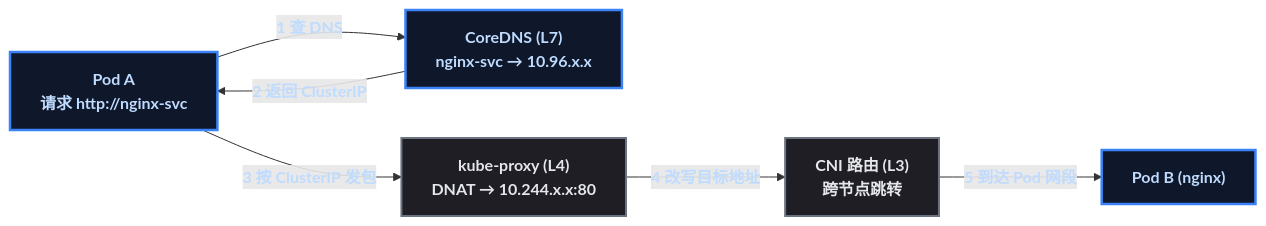
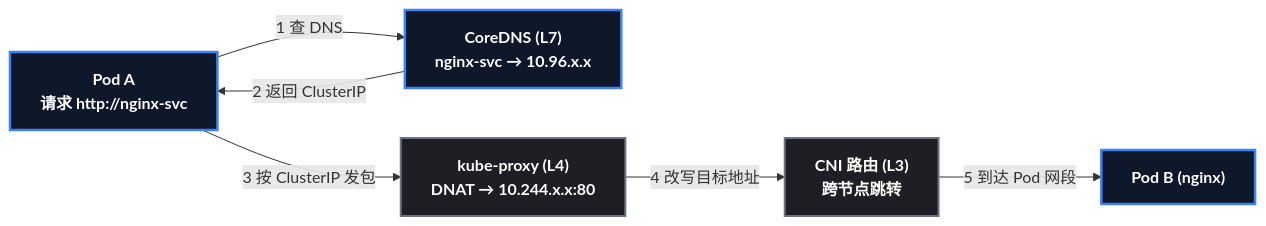
Before and after one commit to yaocat55/yaocat55.github.io: the third of 4 diagrams in content/posts/kubernetes/K8sNetworkLayeringMap.md, drawn with Mermaid. The commit also changed other lines of this file, not shown here.

Commit message:
docs: 网络分层篇全部 Mermaid 改为 style 强制深底白字(classDef 在部分渲染器失效导致白底浅字)

````diff
--- a/content/posts/kubernetes/K8sNetworkLayeringMap.md
+++ b/content/posts/kubernetes/K8sNetworkLayeringMap.md
@@ -207,22 +212,21 @@
 ```mermaid
-%% 集群内服务调用: 每一跳标注 OSI 层与组件
+%% 集群内服务调用: 每一跳标注 OSI 层与组件 (style 强制深底白字, 双保险)
 flowchart LR
-    classDef root fill:#0f172a,stroke:#3b82f6,stroke-width:2.5px,color:#bfdbfe,font-weight:bold;
-    classDef process fill:#1e1e24,stroke:#6b7280,stroke-width:2px,color:#e5e7eb;
-    classDef data fill:#052e16,stroke:#16a34a,stroke-width:2px,color:#bbf7d0,font-weight:bold;
-
     A["Pod A<br/>请求 http://nginx-svc"]
     D["CoreDNS (L7)<br/>nginx-svc → 10.96.x.x"]
     K["kube-proxy (L4)<br/>DNAT → 10.244.x.x:80"]
     R["CNI 路由 (L3)<br/>跨节点跳转"]
     B["Pod B (nginx)"]
 
     A -->|"1 查 DNS"| D
     D -->|"2 返回 ClusterIP"| A
     A -->|"3 按 ClusterIP 发包"| K
     K -->|"4 改写目标地址"| R
     R -->|"5 到达 Pod 网段"| B
 
-    class A,B,D root;
-    class K,R process;
+    style A fill:#0f172a,stroke:#3b82f6,stroke-width:2.5px,color:#ffffff,font-weight:bold
+    style D fill:#0f172a,stroke:#3b82f6,stroke-width:2.5px,color:#ffffff,font-weight:bold
+    style B fill:#0f172a,stroke:#3b82f6,stroke-width:2.5px,color:#ffffff,font-weight:bold
+    style K fill:#1e1e24,stroke:#6b7280,stroke-width:2px,color:#ffffff,font-weight:bold
+    style R fill:#1e1e24,stroke:#6b7280,stroke-width:2px,color:#ffffff,font-weight:bold
 ```
````
